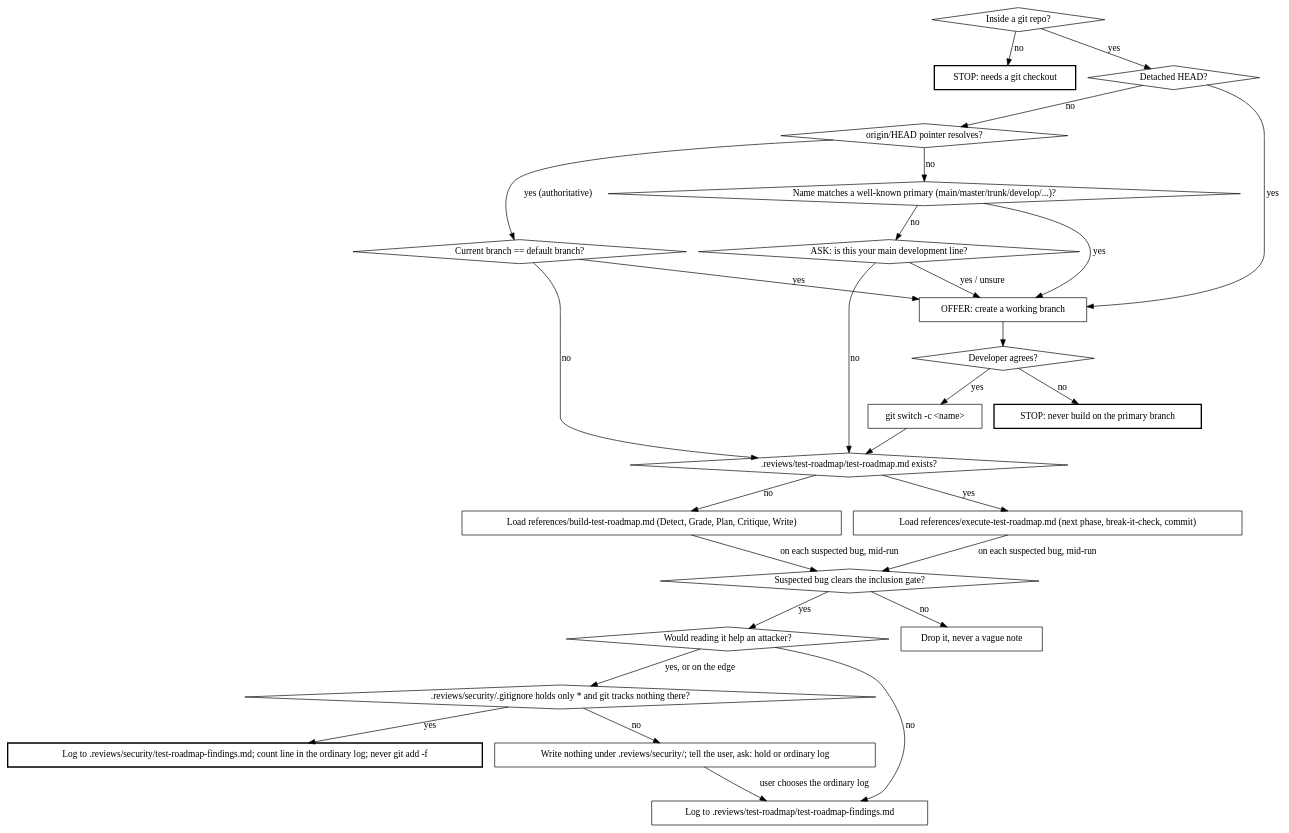
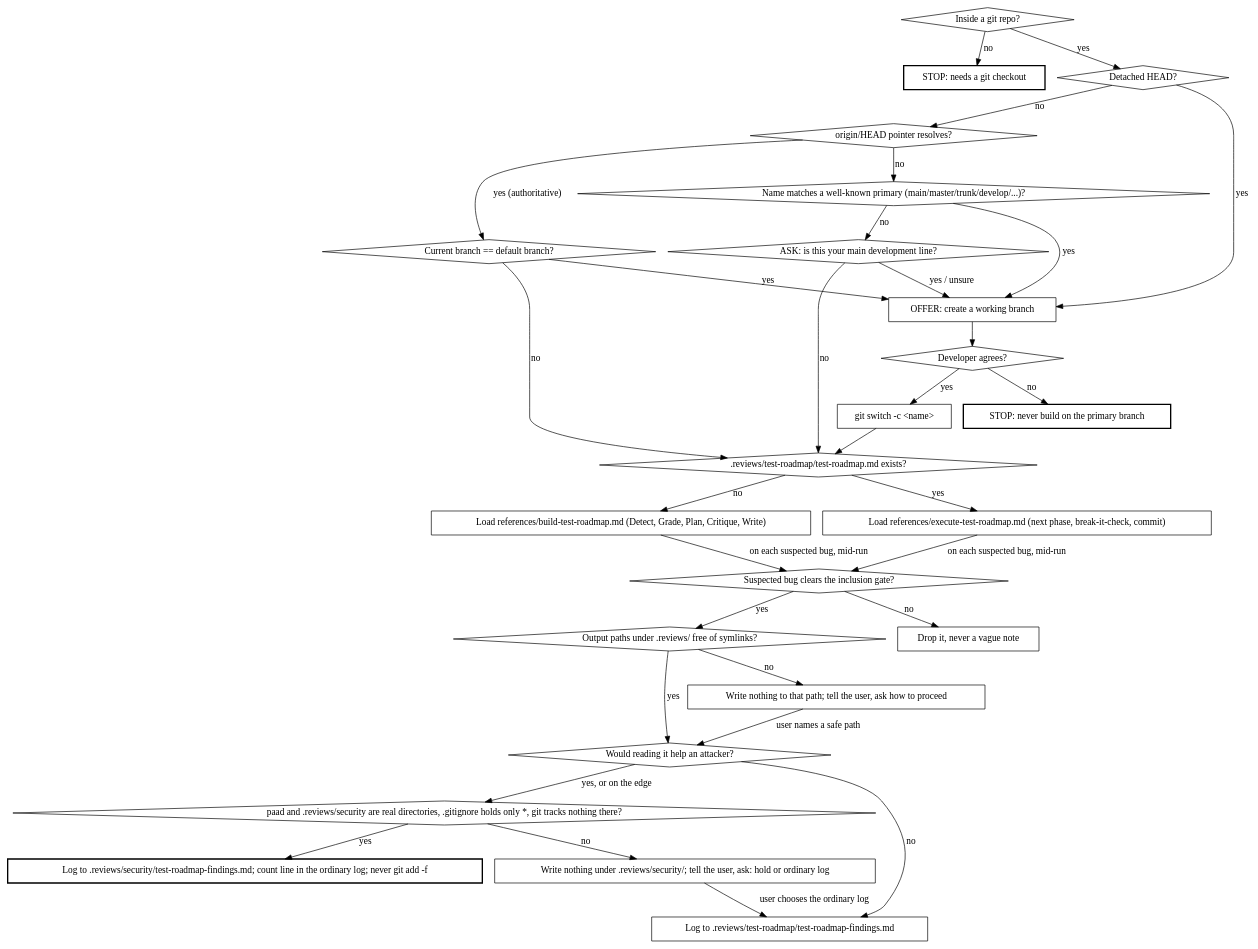
The diagram in kiro_and_antigravity/skills/.kiro/skills/test-roadmap/SKILL.md (Ovid/paad), drawn with Graphviz before and after one commit. The commit also changed other lines of this file and 51 other files, not shown here.

````diff
--- a/kiro_and_antigravity/skills/.kiro/skills/test-roadmap/SKILL.md
+++ b/kiro_and_antigravity/skills/.kiro/skills/test-roadmap/SKILL.md
@@ -25,53 +27,58 @@
 ```dot
 digraph route {
   "Inside a git repo?" [shape=diamond];
   "STOP: needs a git checkout" [shape=box, style=bold];
   "Detached HEAD?" [shape=diamond];
   "origin/HEAD pointer resolves?" [shape=diamond];
   "Current branch == default branch?" [shape=diamond];
   "Name matches a well-known primary (main/master/trunk/develop/...)?" [shape=diamond];
   "ASK: is this your main development line?" [shape=diamond];
   "OFFER: create a working branch" [shape=box];
   "Developer agrees?" [shape=diamond];
   "STOP: never build on the primary branch" [shape=box, style=bold];
   "git switch -c <name>" [shape=box];
   ".reviews/test-roadmap/test-roadmap.md exists?" [shape=diamond];
   "Load references/build-test-roadmap.md (Detect, Grade, Plan, Critique, Write)" [shape=box];
   "Load references/execute-test-roadmap.md (next phase, break-it-check, commit)" [shape=box];
   "Suspected bug clears the inclusion gate?" [shape=diamond];
+  "Output paths under .reviews/ free of symlinks?" [shape=diamond];
+  "Write nothing to that path; tell the user, ask how to proceed" [shape=box];
   "Would reading it help an attacker?" [shape=diamond];
   "Log to .reviews/security/test-roadmap-findings.md; count line in the ordinary log; never git add -f" [shape=box, style=bold];
-  ".reviews/security/.gitignore holds only * and git tracks nothing there?" [shape=diamond];
+  "paad and .reviews/security are real directories, .gitignore holds only *, git tracks nothing there?" [shape=diamond];
   "Write nothing under .reviews/security/; tell the user, ask: hold or ordinary log" [shape=box];
   "Log to .reviews/test-roadmap/test-roadmap-findings.md" [shape=box];
   "Drop it, never a vague note" [shape=box];
 
   "Inside a git repo?" -> "STOP: needs a git checkout" [label="no"];
   "Inside a git repo?" -> "Detached HEAD?" [label="yes"];
   "Detached HEAD?" -> "OFFER: create a working branch" [label="yes"];
   "Detached HEAD?" -> "origin/HEAD pointer resolves?" [label="no"];
   "origin/HEAD pointer resolves?" -> "Current branch == default branch?" [label="yes (authoritative)"];
   "origin/HEAD pointer resolves?" -> "Name matches a well-known primary (main/master/trunk/develop/...)?" [label="no"];
   "Current branch == default branch?" -> "OFFER: create a working branch" [label="yes"];
   "Current branch == default branch?" -> ".reviews/test-roadmap/test-roadmap.md exists?" [label="no"];
   "Name matches a well-known primary (main/master/trunk/develop/...)?" -> "OFFER: create a working branch" [label="yes"];
   "Name matches a well-known primary (main/master/trunk/develop/...)?" -> "ASK: is this your main development line?" [label="no"];
   "ASK: is this your main development line?" -> "OFFER: create a working branch" [label="yes / unsure"];
   "ASK: is this your main development line?" -> ".reviews/test-roadmap/test-roadmap.md exists?" [label="no"];
   "OFFER: create a working branch" -> "Developer agrees?";
   "Developer agrees?" -> "STOP: never build on the primary branch" [label="no"];
   "Developer agrees?" -> "git switch -c <name>" [label="yes"];
   "git switch -c <name>" -> ".reviews/test-roadmap/test-roadmap.md exists?";
   ".reviews/test-roadmap/test-roadmap.md exists?" -> "Load references/execute-test-roadmap.md (next phase, break-it-check, commit)" [label="yes"];
   ".reviews/test-roadmap/test-roadmap.md exists?" -> "Load references/build-test-roadmap.md (Detect, Grade, Plan, Critique, Write)" [label="no"];
   "Load references/execute-test-roadmap.md (next phase, break-it-check, commit)" -> "Suspected bug clears the inclusion gate?" [label="on each suspected bug, mid-run"];
   "Load references/build-test-roadmap.md (Detect, Grade, Plan, Critique, Write)" -> "Suspected bug clears the inclusion gate?" [label="on each suspected bug, mid-run"];
   "Suspected bug clears the inclusion gate?" -> "Drop it, never a vague note" [label="no"];
-  "Suspected bug clears the inclusion gate?" -> "Would reading it help an attacker?" [label="yes"];
-  "Would reading it help an attacker?" -> ".reviews/security/.gitignore holds only * and git tracks nothing there?" [label="yes, or on the edge"];
-  ".reviews/security/.gitignore holds only * and git tracks nothing there?" -> "Log to .reviews/security/test-roadmap-findings.md; count line in the ordinary log; never git add -f" [label="yes"];
-  ".reviews/security/.gitignore holds only * and git tracks nothing there?" -> "Write nothing under .reviews/security/; tell the user, ask: hold or ordinary log" [label="no"];
+  "Suspected bug clears the inclusion gate?" -> "Output paths under .reviews/ free of symlinks?" [label="yes"];
+  "Would reading it help an attacker?" -> "paad and .reviews/security are real directories, .gitignore holds only *, git tracks nothing there?" [label="yes, or on the edge"];
+  "paad and .reviews/security are real directories, .gitignore holds only *, git tracks nothing there?" -> "Log to .reviews/security/test-roadmap-findings.md; count line in the ordinary log; never git add -f" [label="yes"];
+  "paad and .reviews/security are real directories, .gitignore holds only *, git tracks nothing there?" -> "Write nothing under .reviews/security/; tell the user, ask: hold or ordinary log" [label="no"];
   "Would reading it help an attacker?" -> "Log to .reviews/test-roadmap/test-roadmap-findings.md" [label="no"];
   "Write nothing under .reviews/security/; tell the user, ask: hold or ordinary log" -> "Log to .reviews/test-roadmap/test-roadmap-findings.md" [label="user chooses the ordinary log"];
+  "Output paths under .reviews/ free of symlinks?" -> "Would reading it help an attacker?" [label="yes"];
+  "Output paths under .reviews/ free of symlinks?" -> "Write nothing to that path; tell the user, ask how to proceed" [label="no"];
+  "Write nothing to that path; tell the user, ask how to proceed" -> "Would reading it help an attacker?" [label="user names a safe path"];
 }
 ```
````
